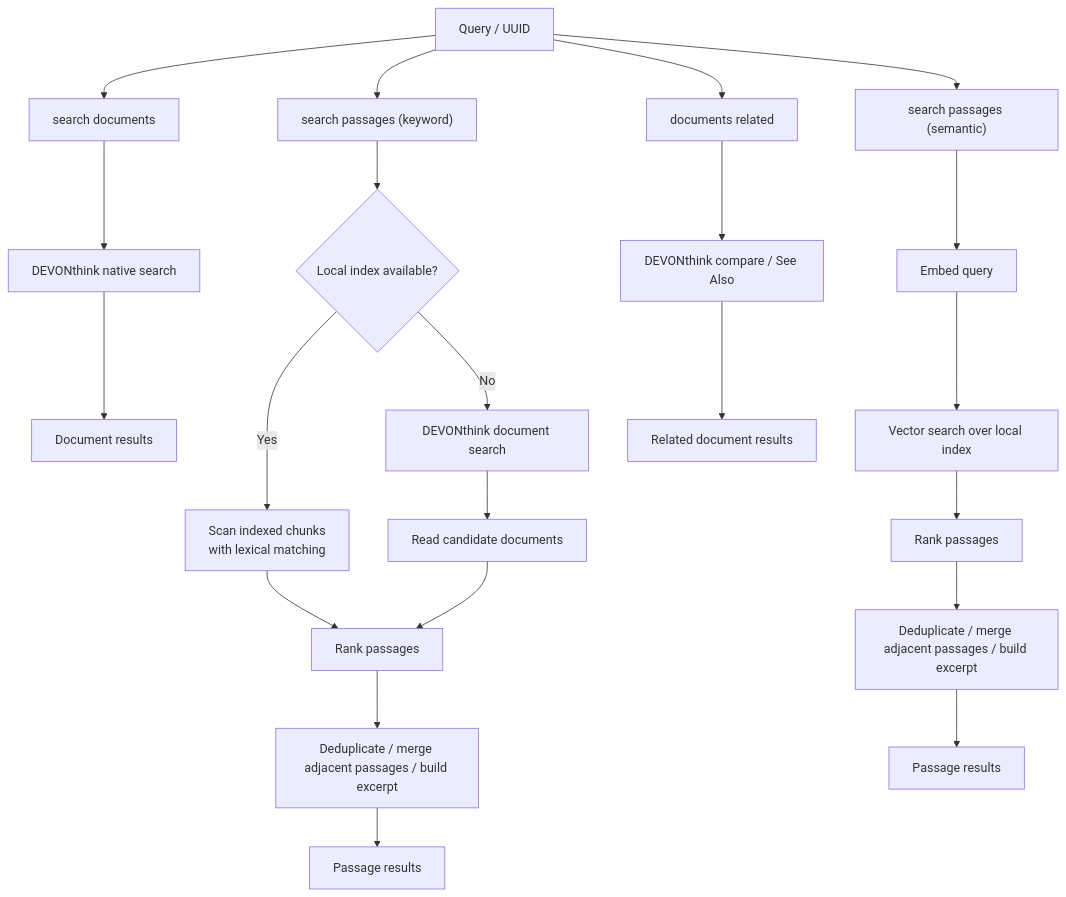
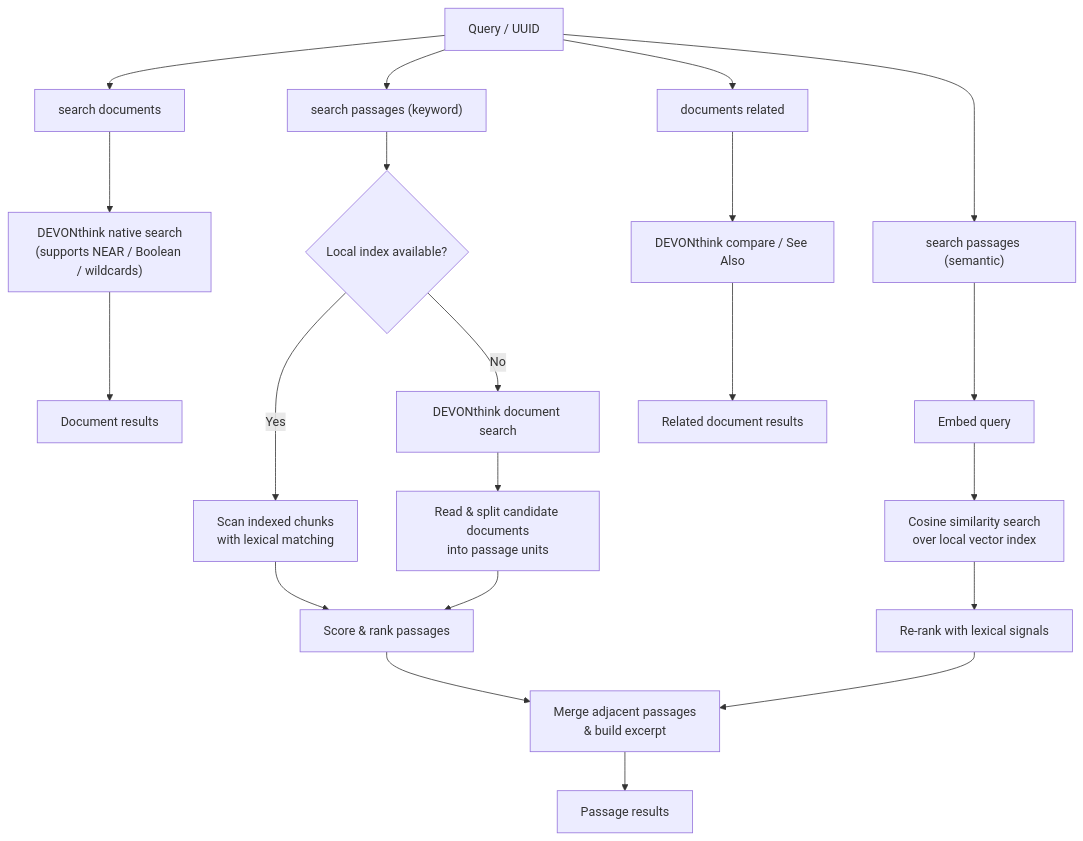
Before and after one commit to TomBener/dtx: the diagram in README.md, drawn with Mermaid. The commit also changed other lines of this file, not shown here.

````diff
--- a/README.md
+++ b/README.md
@@ -100,27 +100,27 @@
 ```mermaid
 flowchart TD
     Q["Query / UUID"] --> D["search documents"]
-    D --> D1["DEVONthink native search"]
+    D --> D1["DEVONthink native search\n(supports NEAR / Boolean / wildcards)"]
     D1 --> D2["Document results"]
 
     Q --> PK["search passages (keyword)"]
     PK --> PK1{"Local index available?"}
     PK1 -->|Yes| PK2["Scan indexed chunks\nwith lexical matching"]
     PK1 -->|No| PK3["DEVONthink document search"]
-    PK3 --> PK4["Read candidate documents"]
-    PK2 --> PK5["Rank passages"]
+    PK3 --> PK4["Read & split candidate documents\ninto passage units"]
+    PK2 --> PK5["Score & rank passages"]
     PK4 --> PK5
-    PK5 --> PK6["Deduplicate / merge adjacent passages / build excerpt"]
-    PK6 --> PK7["Passage results"]
+    PK5 --> PP
 
     Q --> PS["search passages (semantic)"]
     PS --> PS1["Embed query"]
-    PS1 --> PS2["Vector search over local index"]
-    PS2 --> PS3["Rank passages"]
-    PS3 --> PS4["Deduplicate / merge adjacent passages / build excerpt"]
-    PS4 --> PS5["Passage results"]
+    PS1 --> PS2["Cosine similarity search\nover local vector index"]
+    PS2 --> PS3["Re-rank with lexical signals"]
+    PS3 --> PP
+
+    PP["Merge adjacent passages\n& build excerpt"] --> PR["Passage results"]
 
     Q --> R["documents related"]
     R --> R1["DEVONthink compare / See Also"]
     R1 --> R2["Related document results"]
 ```
````
